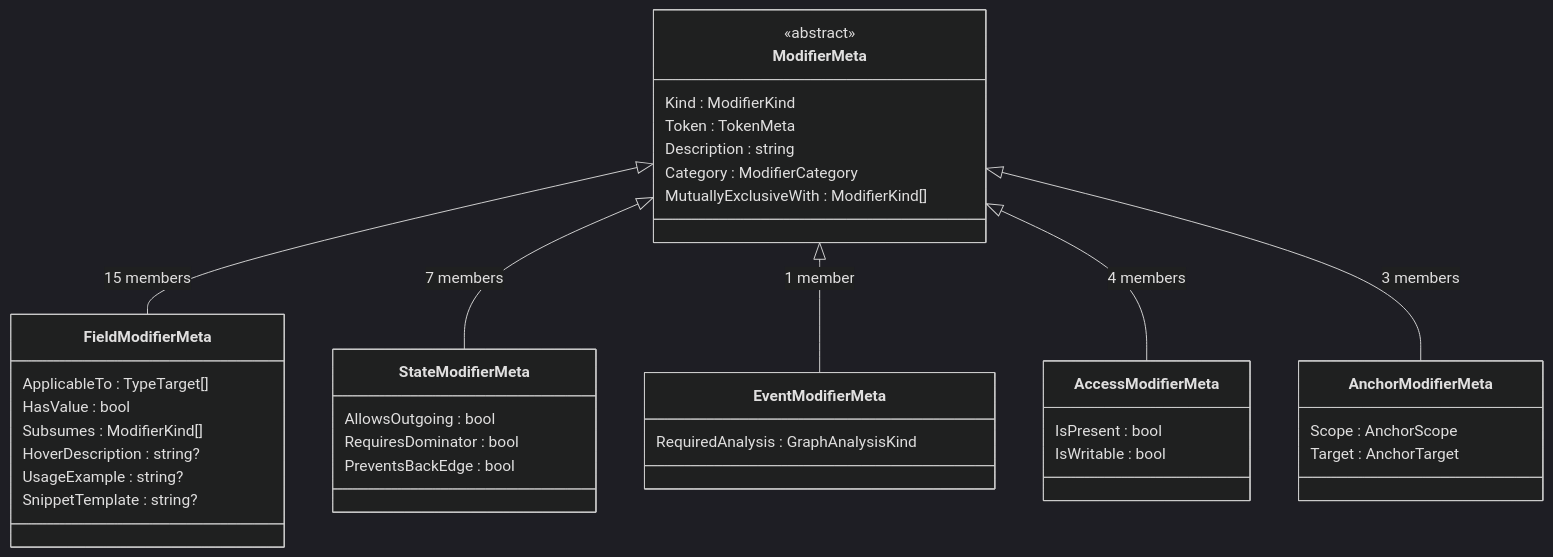
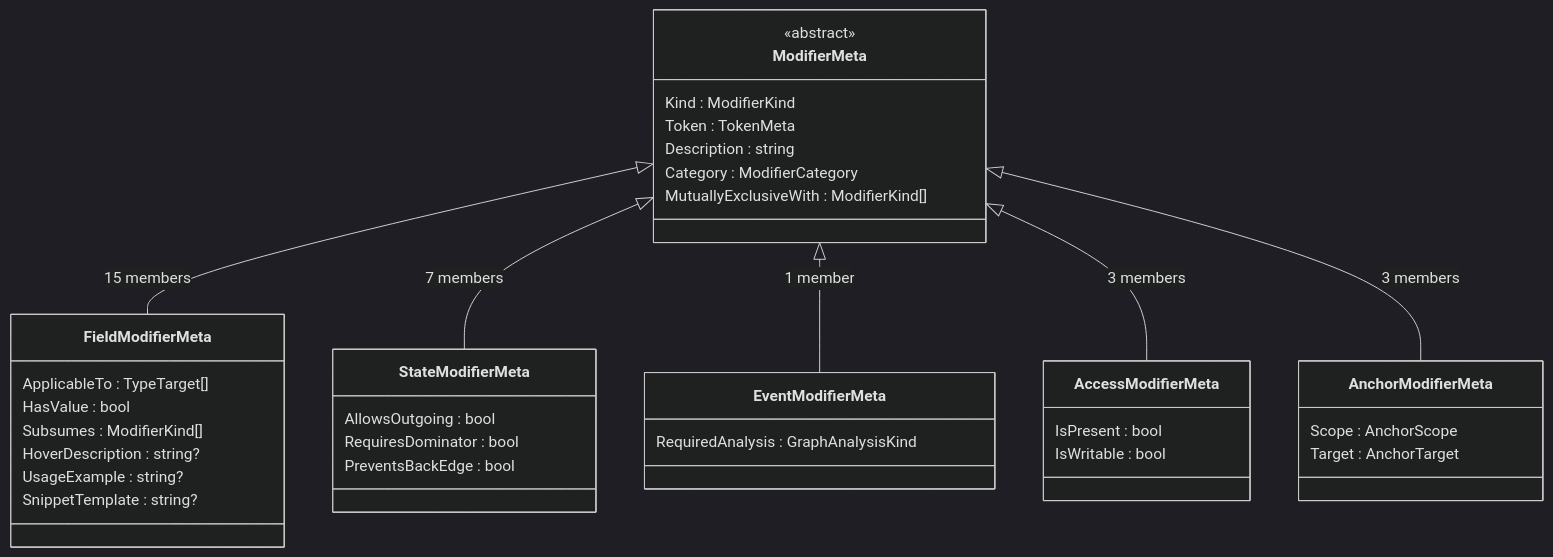
The third of 6 diagrams in docs/language/catalog-system.md (sfalik/Precept), drawn with Mermaid (dark theme) before and after one commit. The commit also changed other lines of this file and 3 other files, not shown here.

````diff
--- a/docs/language/catalog-system.md
+++ b/docs/language/catalog-system.md
@@ -331,40 +331,40 @@
 ```mermaid
 classDiagram
     class ModifierMeta {
         <<abstract>>
         Kind : ModifierKind
         Token : TokenMeta
         Description : string
         Category : ModifierCategory
         MutuallyExclusiveWith : ModifierKind[]
     }
     class FieldModifierMeta {
         ApplicableTo : TypeTarget[]
         HasValue : bool
         Subsumes : ModifierKind[]
         HoverDescription : string?
         UsageExample : string?
         SnippetTemplate : string?
     }
     class StateModifierMeta {
         AllowsOutgoing : bool
         RequiresDominator : bool
         PreventsBackEdge : bool
     }
     class EventModifierMeta {
         RequiredAnalysis : GraphAnalysisKind
     }
     class AccessModifierMeta {
         IsPresent : bool
         IsWritable : bool
     }
     class AnchorModifierMeta {
         Scope : AnchorScope
         Target : AnchorTarget
     }
     ModifierMeta <|-- FieldModifierMeta : 15 members
     ModifierMeta <|-- StateModifierMeta : 7 members
     ModifierMeta <|-- EventModifierMeta : 1 member
-    ModifierMeta <|-- AccessModifierMeta : 4 members
+    ModifierMeta <|-- AccessModifierMeta : 3 members
     ModifierMeta <|-- AnchorModifierMeta : 3 members
 ```
````
